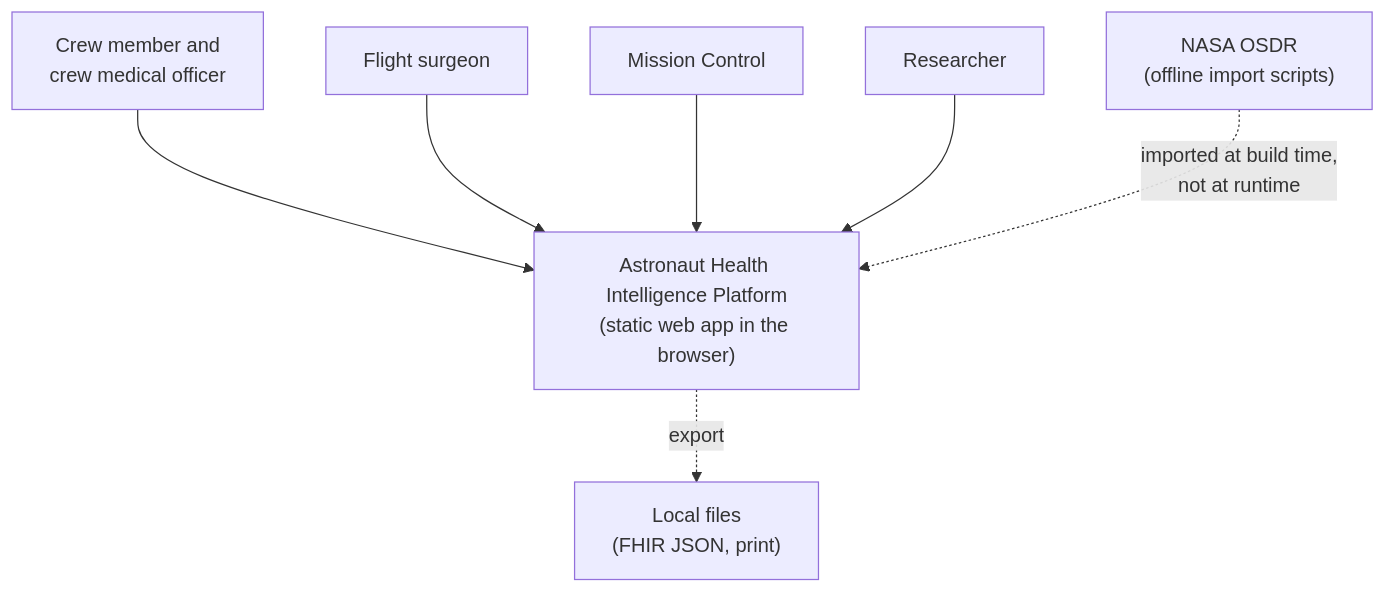
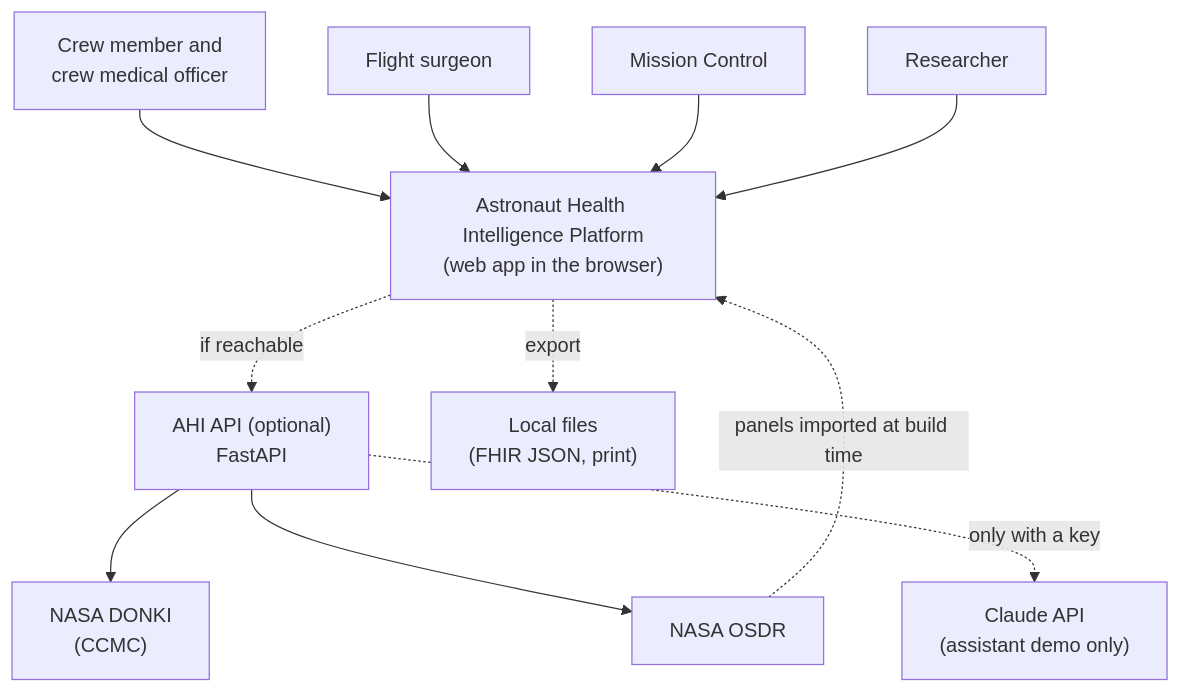
Before and after one commit to Gabrieldiv/astronaut-health-intelligence-platform: the first of 3 diagrams in docs-site/architecture/overview.md, drawn with Mermaid. The commit also changed other lines of this file and 39 other files, not shown here.

````diff
--- a/docs-site/architecture/overview.md
+++ b/docs-site/architecture/overview.md
@@ -22,16 +26,23 @@
 ```mermaid
 flowchart TB
     CREW["Crew member and<br/>crew medical officer"]
     FS["Flight surgeon"]
     MC["Mission Control"]
     RES["Researcher"]
-    AHI["Astronaut Health Intelligence Platform<br/>(static web app in the browser)"]
-    OSDR["NASA OSDR<br/>(offline import scripts)"]
+    AHI["Astronaut Health Intelligence Platform<br/>(web app in the browser)"]
+    API["AHI API (optional)<br/>FastAPI"]
+    OSDR["NASA OSDR"]
+    DONKI["NASA DONKI<br/>(CCMC)"]
+    CLAUDE["Claude API<br/>(assistant demo only)"]
     FILES["Local files<br/>(FHIR JSON, print)"]
     CREW --> AHI
     FS --> AHI
     MC --> AHI
     RES --> AHI
-    OSDR -. "imported at build time,<br/>not at runtime" .-> AHI
+    OSDR -. "panels imported at build time" .-> AHI
+    AHI -. "if reachable" .-> API
+    API --> DONKI
+    API --> OSDR
+    API -. "only with a key" .-> CLAUDE
     AHI -. "export" .-> FILES
 ```
````
